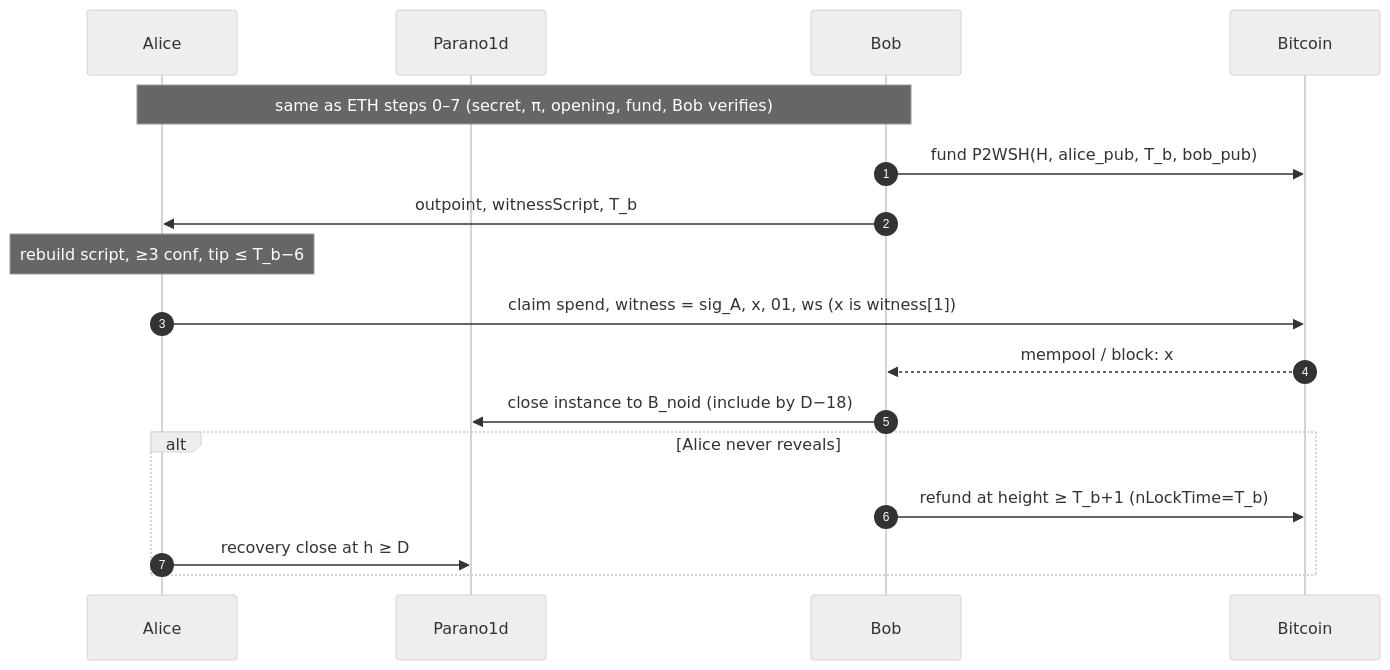
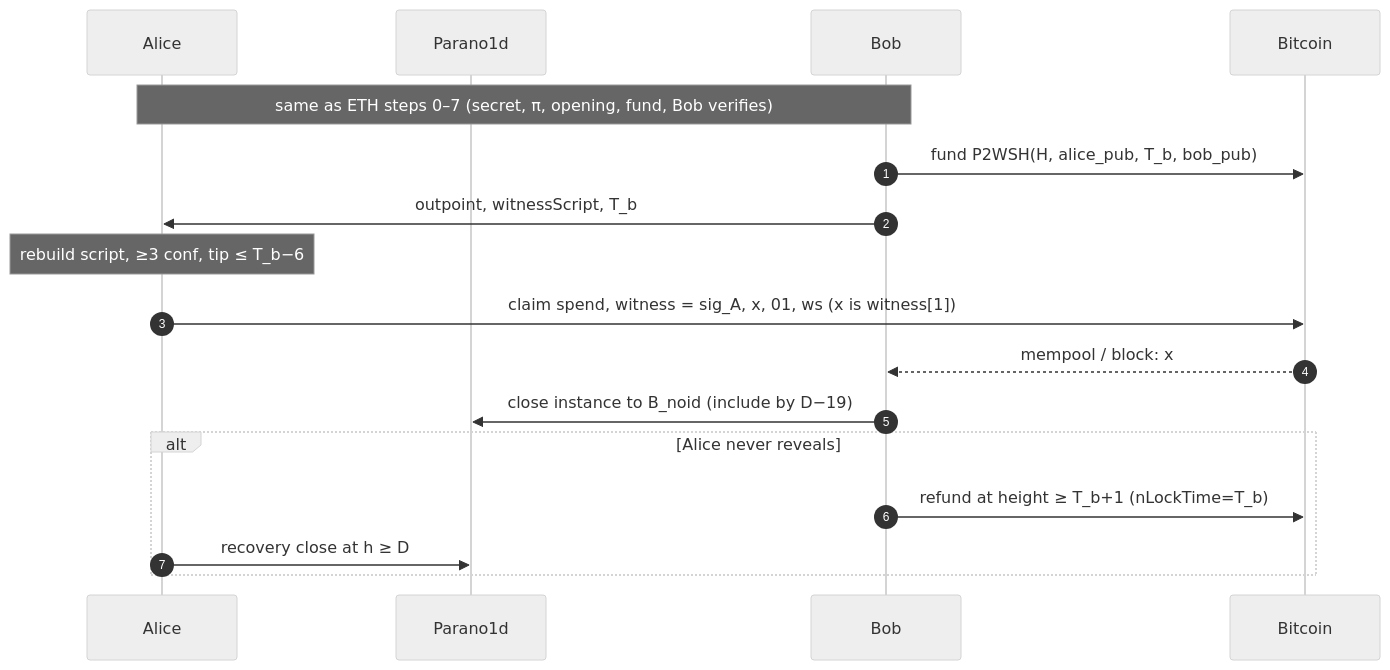
Before and after one commit to 00Para/noid-swap: the second of 2 diagrams in docs/protocol-design.md, drawn with Mermaid (neutral theme). The commit also changed other lines of this file and 80 other files, not shown here.

````diff
--- a/docs/protocol-design.md
+++ b/docs/protocol-design.md
@@ -275,19 +275,19 @@
 ```mermaid
 sequenceDiagram
     autonumber
     participant A as Alice
     participant P as Parano1d
     participant B as Bob
     participant C as Bitcoin
     Note over A,B: same as ETH steps 0–7 (secret, π, opening, fund, Bob verifies)
     B->>C: fund P2WSH(H, alice_pub, T_b, bob_pub)
     B->>A: outpoint, witnessScript, T_b
     Note over A: rebuild script, ≥3 conf, tip ≤ T_b−6
     A->>C: claim spend, witness = sig_A, x, 01, ws (x is witness[1])
     C-->>B: mempool / block: x
-    B->>P: close instance to B_noid (include by D−18)
+    B->>P: close instance to B_noid (include by D−19)
     alt Alice never reveals
         B->>C: refund at height ≥ T_b+1 (nLockTime=T_b)
         A->>P: recovery close at h ≥ D
     end
 ```
````
